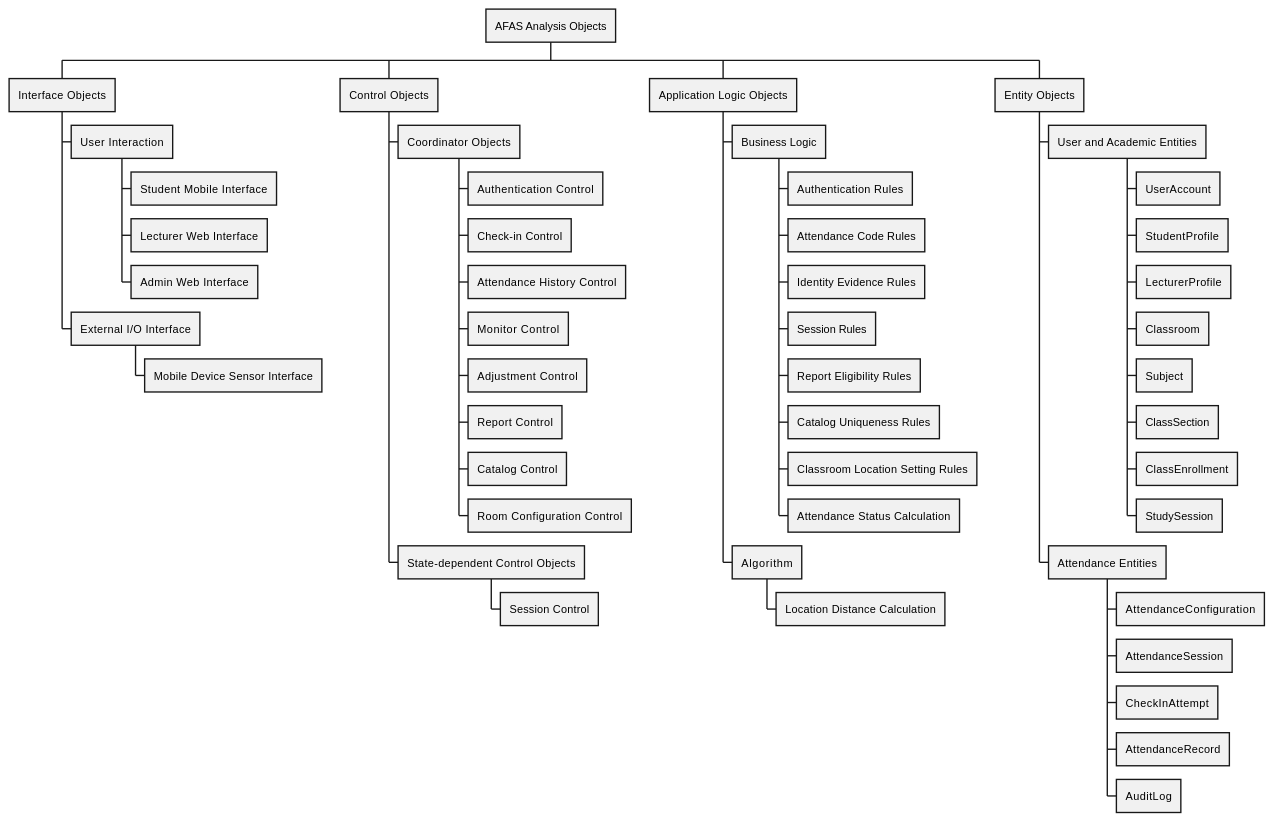
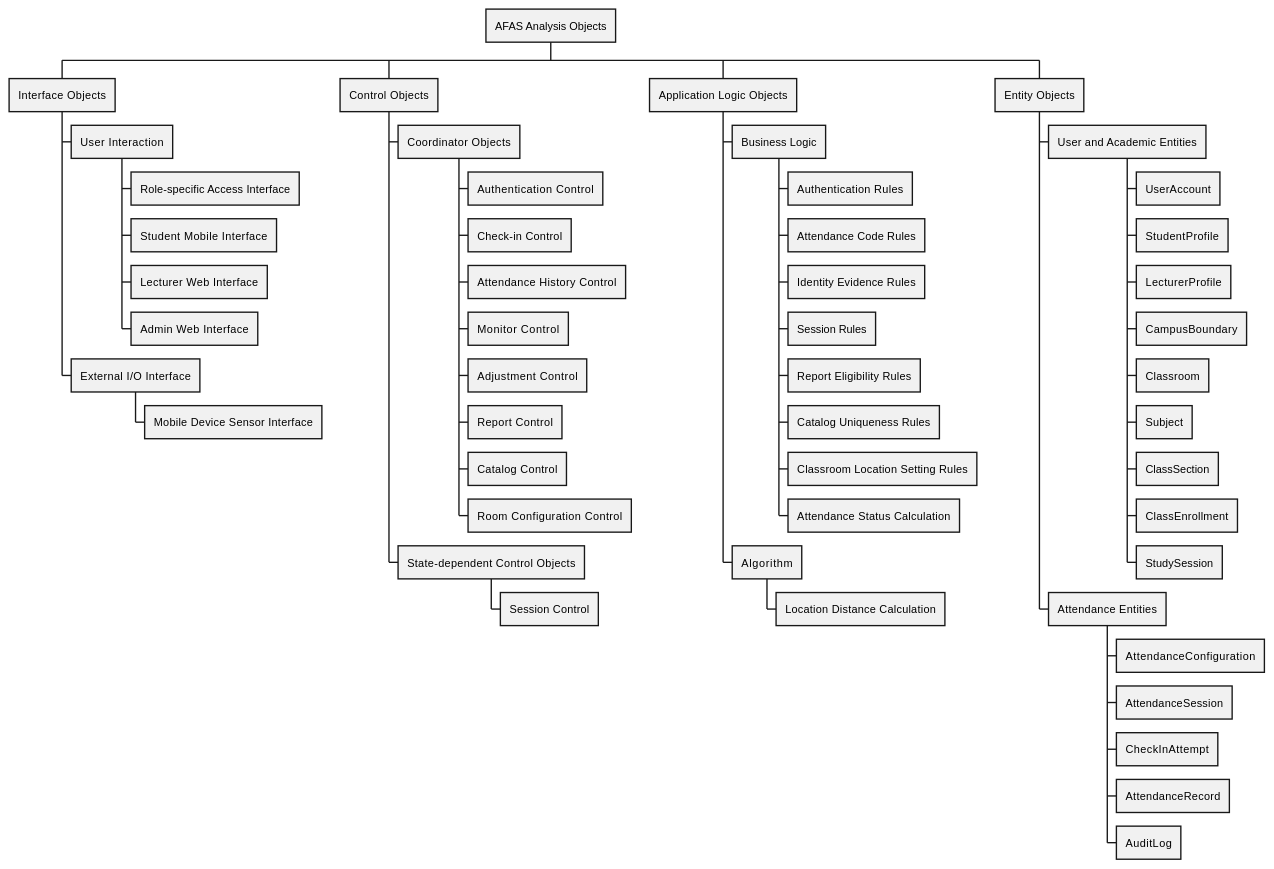
The third of 29 diagrams in docs/sds/2_Analysis.md (nttung42/SWD392), drawn with PlantUML before and after one commit. The commit also changed other lines of this file and 1 other file, not shown here.

````diff
--- a/docs/sds/2_Analysis.md
+++ b/docs/sds/2_Analysis.md
@@ -196,52 +203,54 @@
 ```plantuml
 @startwbs
 * AFAS Analysis Objects
 ** Interface Objects
 *** User Interaction
+**** Role-specific Access Interface
 **** Student Mobile Interface
 **** Lecturer Web Interface
 **** Admin Web Interface
 *** External I/O Interface
 **** Mobile Device Sensor Interface
 ** Control Objects
 *** Coordinator Objects
 **** Authentication Control
 **** Check-in Control
 **** Attendance History Control
 **** Monitor Control
 **** Adjustment Control
 **** Report Control
 **** Catalog Control
 **** Room Configuration Control
 *** State-dependent Control Objects
 **** Session Control
 ** Application Logic Objects
 *** Business Logic
 **** Authentication Rules
 **** Attendance Code Rules
 **** Identity Evidence Rules
 **** Session Rules
 **** Report Eligibility Rules
 **** Catalog Uniqueness Rules
 **** Classroom Location Setting Rules
 **** Attendance Status Calculation
 *** Algorithm
 **** Location Distance Calculation
 ** Entity Objects
 *** User and Academic Entities
 **** UserAccount
 **** StudentProfile
 **** LecturerProfile
+**** CampusBoundary
 **** Classroom
 **** Subject
 **** ClassSection
 **** ClassEnrollment
 **** StudySession
 *** Attendance Entities
 **** AttendanceConfiguration
 **** AttendanceSession
 **** CheckInAttempt
 **** AttendanceRecord
 **** AuditLog
 @endwbs
 ```
````
